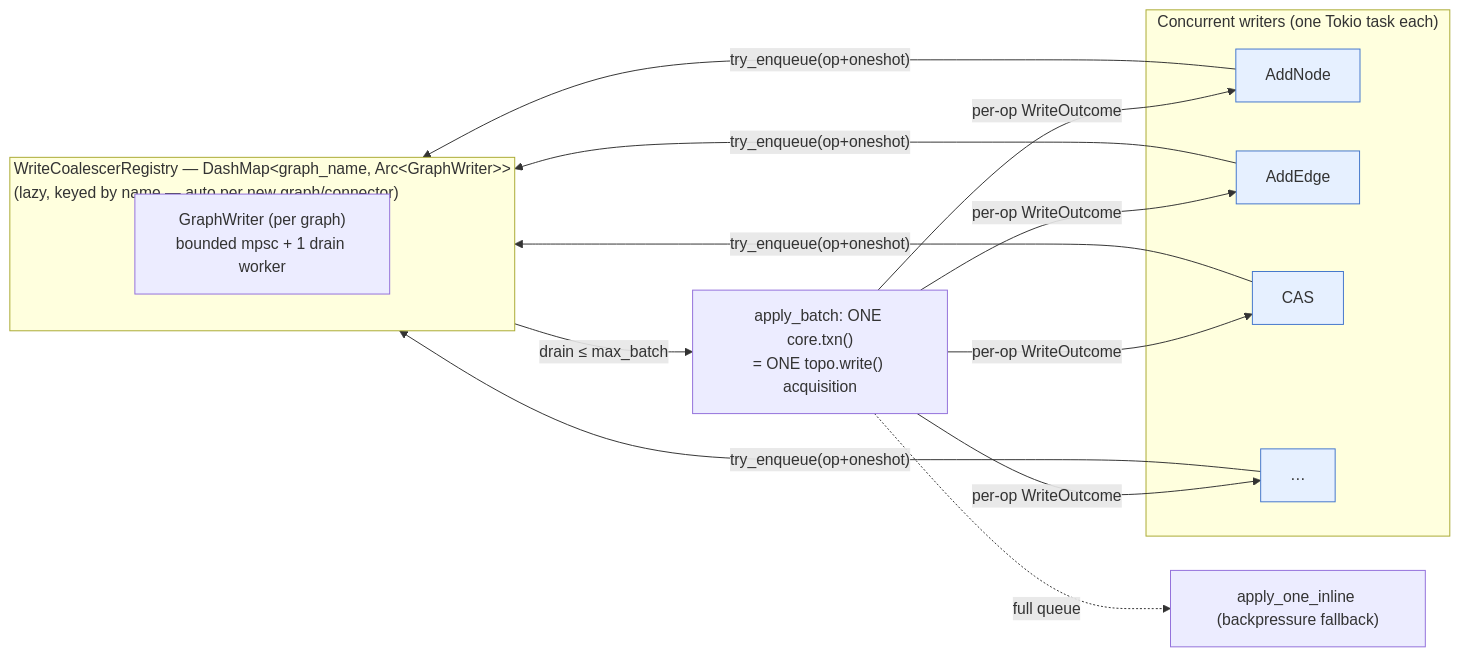
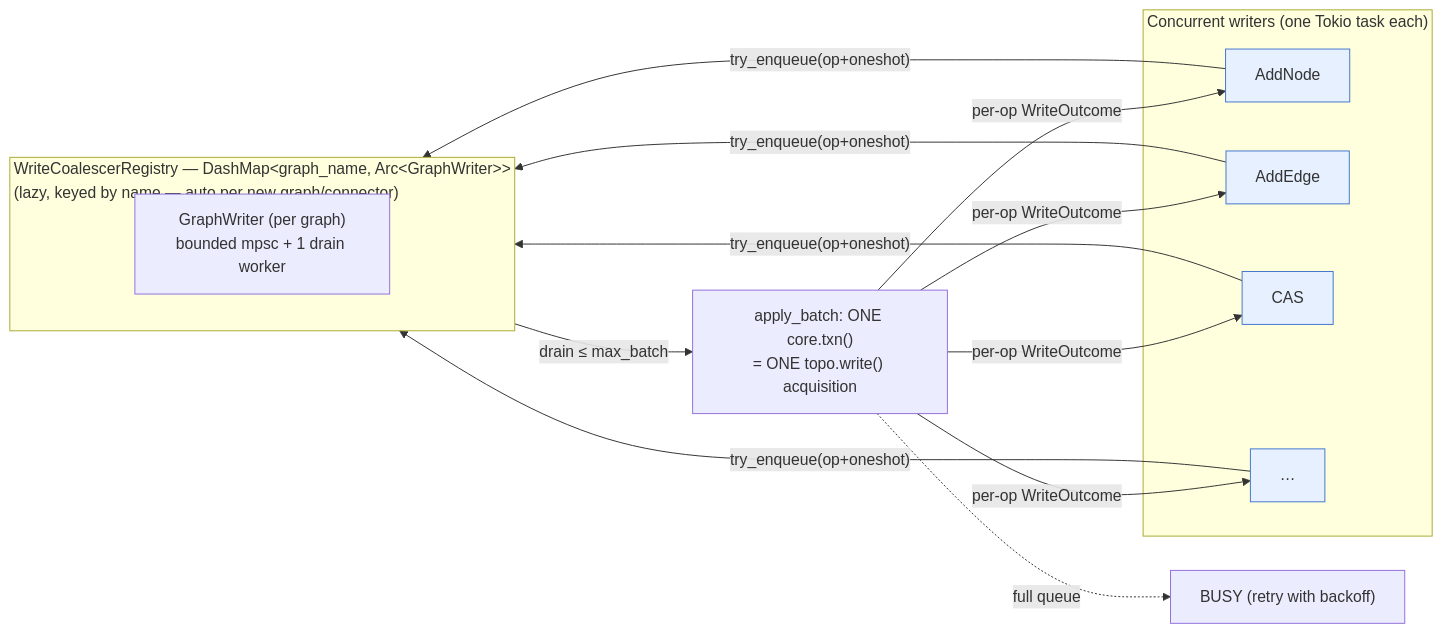
The diagram in docs/architecture/write_coalescer.md (Knuckles-Team/epistemic-graph), drawn with Mermaid before and after one commit. The commit also changed other lines of this file and 9 other files, not shown here.

````diff
--- a/docs/architecture/write_coalescer.md
+++ b/docs/architecture/write_coalescer.md
@@ -30,21 +32,21 @@
 ```mermaid
 flowchart LR
     subgraph Producers["Concurrent writers (one Tokio task each)"]
       P1[AddNode]:::w
       P2[AddEdge]:::w
       P3[CAS]:::w
       Pn[…]:::w
     end
 
     subgraph Reg["WriteCoalescerRegistry — DashMap&lt;graph_name, Arc&lt;GraphWriter&gt;&gt;<br/>(lazy, keyed by name — auto per new graph/connector)"]
       direction TB
       W["GraphWriter (per graph)<br/>bounded mpsc + 1 drain worker"]
     end
 
     P1 & P2 & P3 & Pn -->|"try_enqueue(op+oneshot)"| W
     W -->|"drain ≤ max_batch"| B["apply_batch: ONE core.txn()<br/>= ONE topo.write() acquisition"]
     B -->|"per-op WriteOutcome"| P1 & P2 & P3 & Pn
-    B -.full queue.-> FB["apply_one_inline (backpressure fallback)"]
+    B -.full queue.-> FB["BUSY (retry with backoff)"]
 
     classDef w fill:#e6f0ff,stroke:#4477cc;
 ```
````
